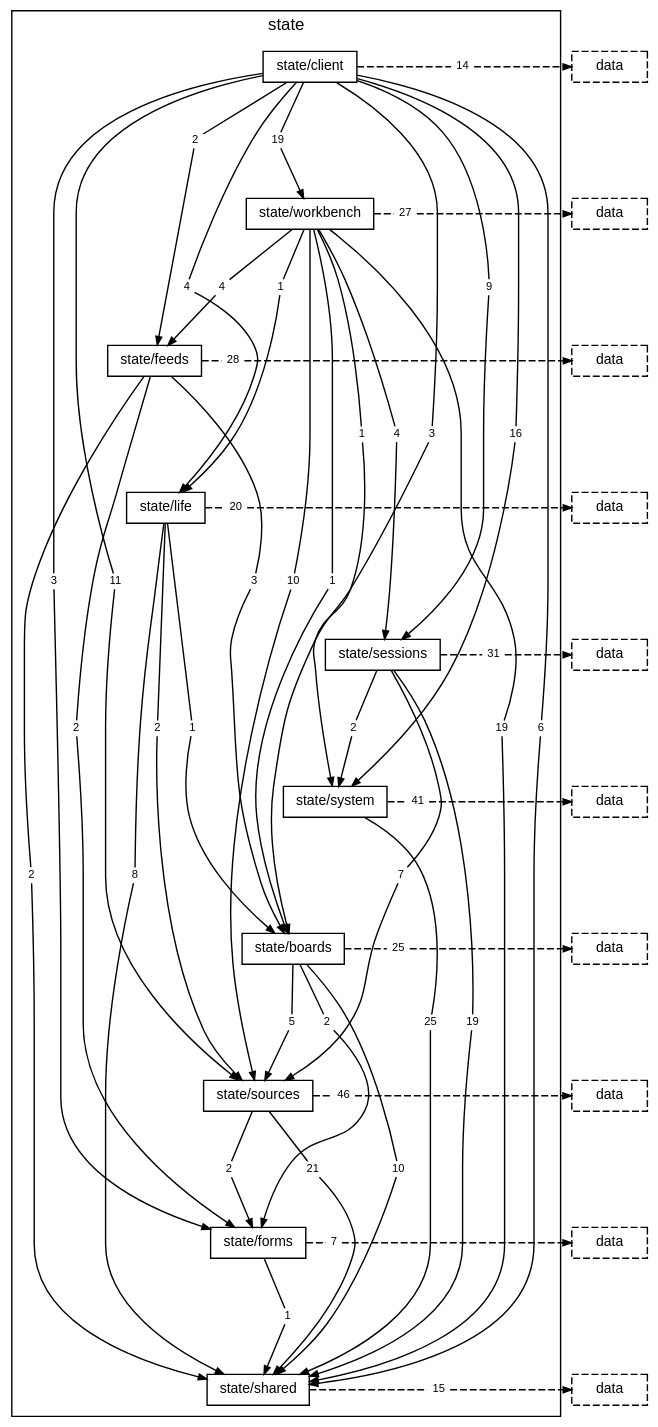
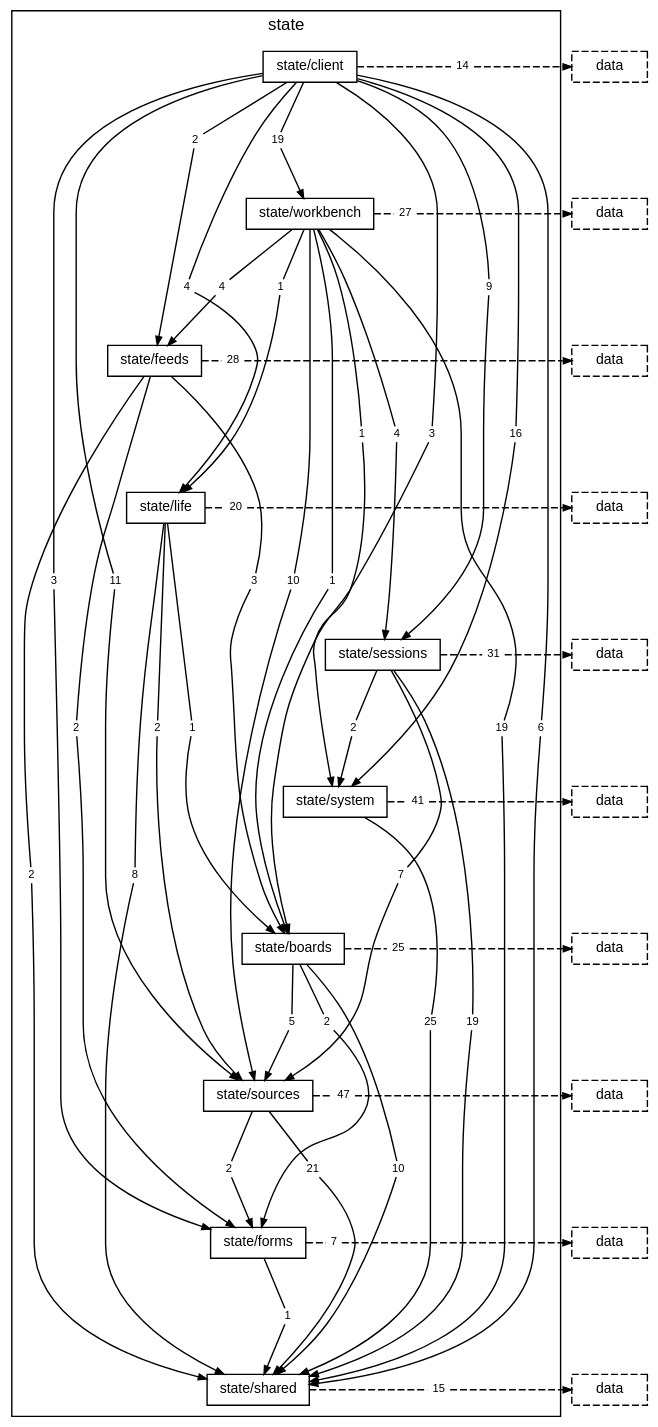
One commit to TheAxeC/oculus changed the diagram in docs/diagrams/layer-state.dot. Above: the diagram before and after it, drawn with Graphviz. The commit also changed 25 other files, not shown here.

```diff
--- a/docs/diagrams/layer-state.dot
+++ b/docs/diagrams/layer-state.dot
@@ -52,7 +52,7 @@
         "folder state/boards to layer data" [label="25", shape=box, color="transparent", fontsize=8, width=0, height=0, margin="0.04,0.02"];
         "folder state/sources to folder state/forms" [label="2", shape=box, color="transparent", fontsize=8, width=0, height=0, margin="0.04,0.02"];
         "folder state/sources to folder state/shared" [label="21", shape=box, color="transparent", fontsize=8, width=0, height=0, margin="0.04,0.02"];
-        "folder state/sources to layer data" [label="46", shape=box, color="transparent", fontsize=8, width=0, height=0, margin="0.04,0.02"];
+        "folder state/sources to layer data" [label="47", shape=box, color="transparent", fontsize=8, width=0, height=0, margin="0.04,0.02"];
         "folder state/forms to folder state/shared" [label="1", shape=box, color="transparent", fontsize=8, width=0, height=0, margin="0.04,0.02"];
         "folder state/forms to layer data" [label="7", shape=box, color="transparent", fontsize=8, width=0, height=0, margin="0.04,0.02"];
         "folder state/shared to layer data" [label="15", shape=box, color="transparent", fontsize=8, width=0, height=0, margin="0.04,0.02"];
```
